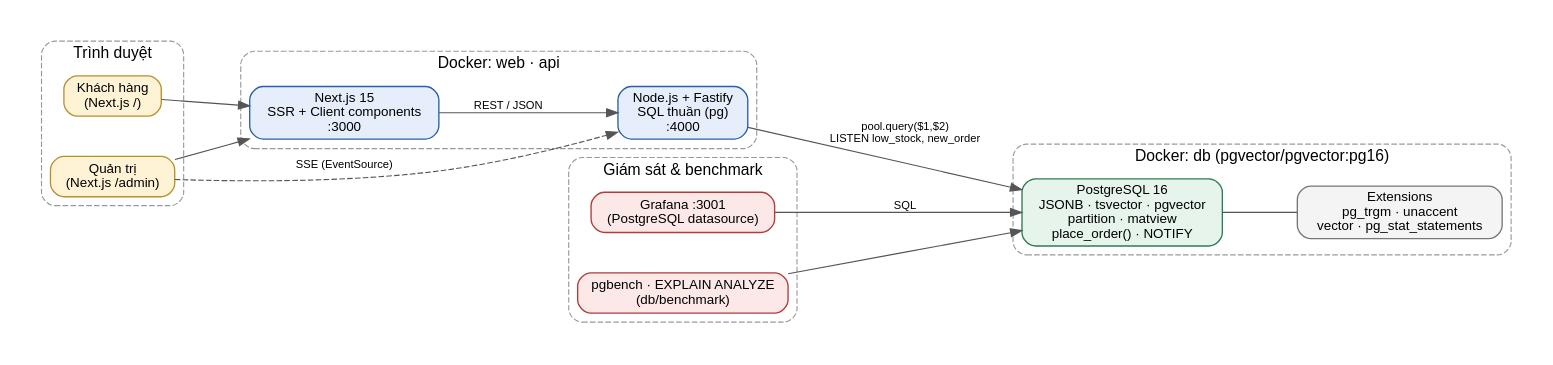
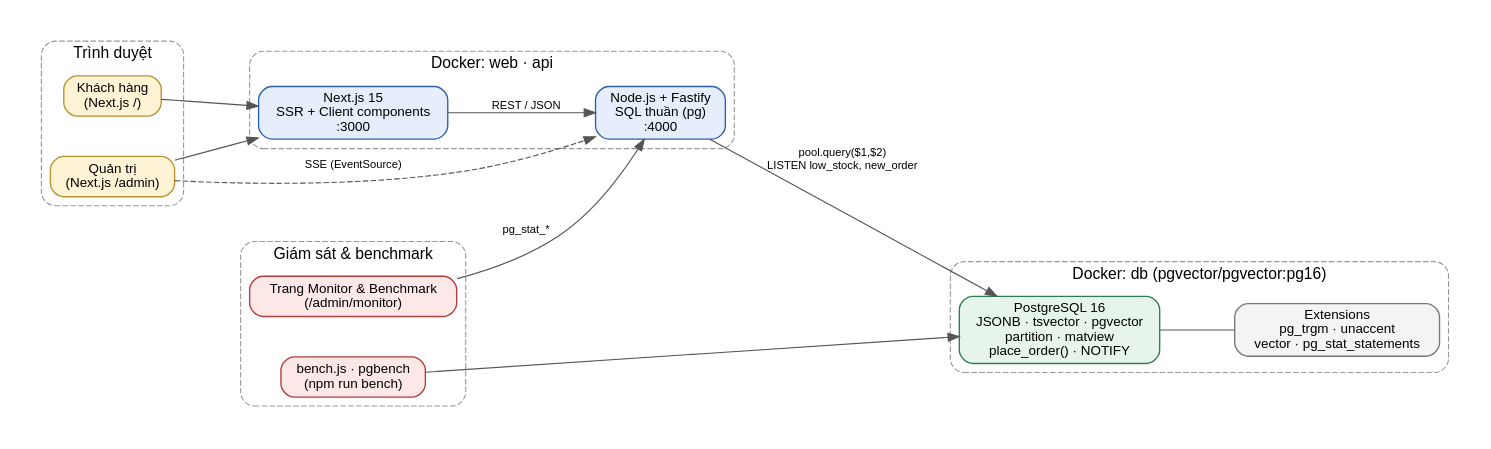
The diagram in docs/diagrams/architecture.dot (phunganhtuan123/master-csdl), drawn with Graphviz before and after one commit. The commit also changed 15 other files, not shown here.

First line of the commit message:
Bỏ Grafana: giám sát bằng trang Monitor trong admin + bench.js; compose còn 3 service

```diff
--- a/docs/diagrams/architecture.dot
+++ b/docs/diagrams/architecture.dot
@@ -1,29 +1,29 @@
 digraph ARCH {
   graph [rankdir=LR, fontname="Helvetica", bgcolor="white", nodesep=0.5, ranksep=0.9, pad=0.3];
   node  [shape=box, style="rounded,filled", fontname="Helvetica", fontsize=12, penwidth=1.2];
   edge  [fontname="Helvetica", fontsize=10, color="#555555"];
 
   subgraph cluster_client { label="Trình duyệt"; style="rounded,dashed"; color="#999999";
     kh  [label="Khách hàng\n(Next.js /)", fillcolor="#fff3d6", color="#b8902e"];
     ad  [label="Quản trị\n(Next.js /admin)", fillcolor="#fff3d6", color="#b8902e"];
   }
   subgraph cluster_app { label="Docker: web · api"; style="rounded,dashed"; color="#999999";
     web [label="Next.js 15\nSSR + Client components\n:3000", fillcolor="#e6eefb", color="#2b5fa8"];
     api [label="Node.js + Fastify\nSQL thuần (pg)\n:4000", fillcolor="#e6eefb", color="#2b5fa8"];
   }
   subgraph cluster_db { label="Docker: db (pgvector/pgvector:pg16)"; style="rounded,dashed"; color="#999999";
     pg  [label="PostgreSQL 16\nJSONB · tsvector · pgvector\npartition · matview\nplace_order() · NOTIFY", fillcolor="#e6f4ec", color="#2e7d4f"];
     ext [label="Extensions\npg_trgm · unaccent\nvector · pg_stat_statements", fillcolor="#f4f4f4", color="#777777"];
   }
   subgraph cluster_mon { label="Giám sát & benchmark"; style="rounded,dashed"; color="#999999";
-    gf  [label="Grafana :3001\n(PostgreSQL datasource)", fillcolor="#fde8e8", color="#b23b3b"];
-    pb  [label="pgbench · EXPLAIN ANALYZE\n(db/benchmark)", fillcolor="#fde8e8", color="#b23b3b"];
+    mon [label="Trang Monitor & Benchmark\n(/admin/monitor)", fillcolor="#fde8e8", color="#b23b3b"];
+    pb  [label="bench.js · pgbench\n(npm run bench)", fillcolor="#fde8e8", color="#b23b3b"];
   }
 
   kh -> web; ad -> web;
   web -> api [label="REST / JSON"];
   ad -> api  [label="SSE (EventSource)", style=dashed];
   api -> pg  [label="pool.query($1,$2)\nLISTEN low_stock, new_order"];
   pg -> ext  [arrowhead=none];
-  gf -> pg   [label="SQL"]; pb -> pg;
+  mon -> api [label="pg_stat_*"]; pb -> pg;
 }
```
